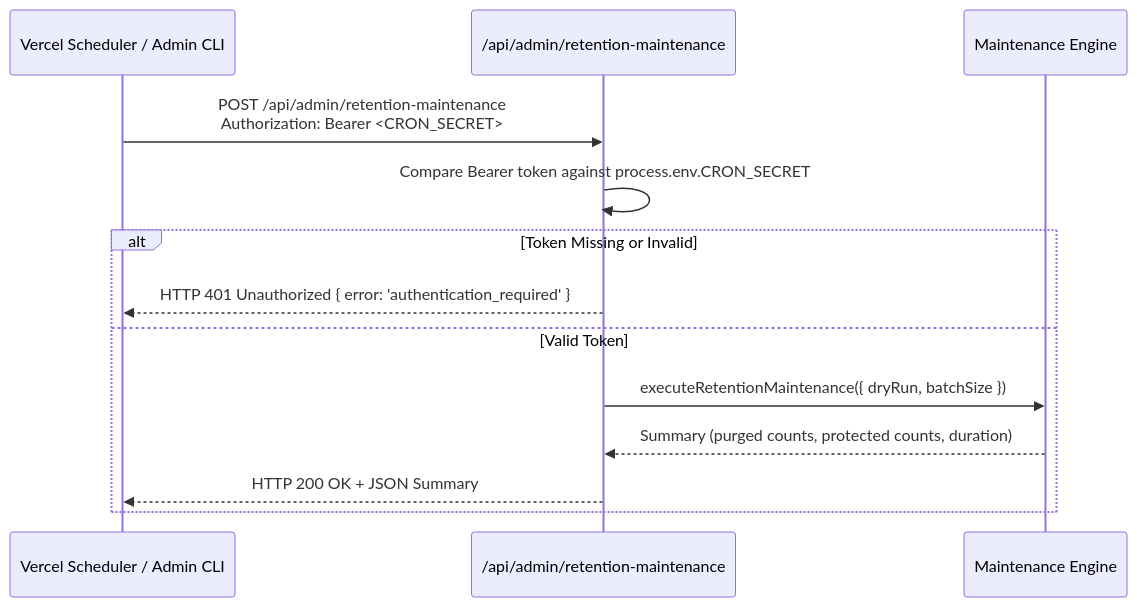
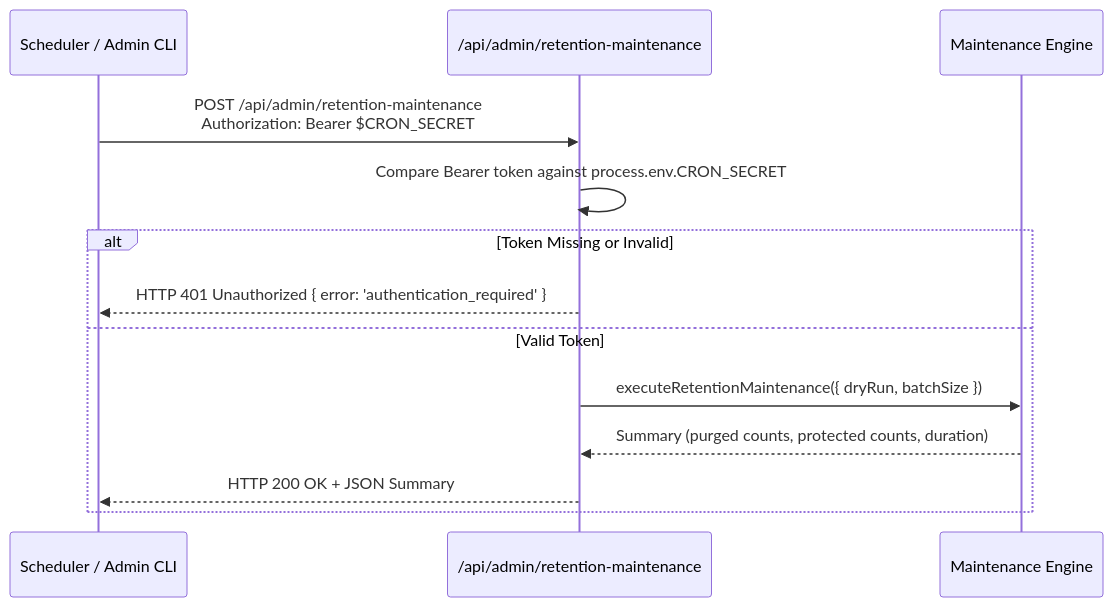
Before and after one commit to jsphhbna/egatepass: the second of 3 diagrams in docs/ENVIRONMENT_AND_CRON.md, drawn with Mermaid. The commit also changed other lines of this file and 12 other files, not shown here.

````diff
--- a/docs/ENVIRONMENT_AND_CRON.md
+++ b/docs/ENVIRONMENT_AND_CRON.md
@@ -61,17 +78,17 @@
 ```mermaid
 sequenceDiagram
-    participant Caller as Vercel Scheduler / Admin CLI
+    participant Caller as Scheduler / Admin CLI
     participant API as /api/admin/retention-maintenance
     participant Engine as Maintenance Engine
 
-    Caller->>API: POST /api/admin/retention-maintenance<br/>Authorization: Bearer <CRON_SECRET>
+    Caller->>API: POST /api/admin/retention-maintenance<br/>Authorization: Bearer $CRON_SECRET
     API->>API: Compare Bearer token against process.env.CRON_SECRET
 
     alt Token Missing or Invalid
         API-->>Caller: HTTP 401 Unauthorized { error: 'authentication_required' }
     else Valid Token
         API->>Engine: executeRetentionMaintenance({ dryRun, batchSize })
         Engine-->>API: Summary (purged counts, protected counts, duration)
         API-->>Caller: HTTP 200 OK + JSON Summary
     end
 ```
````
